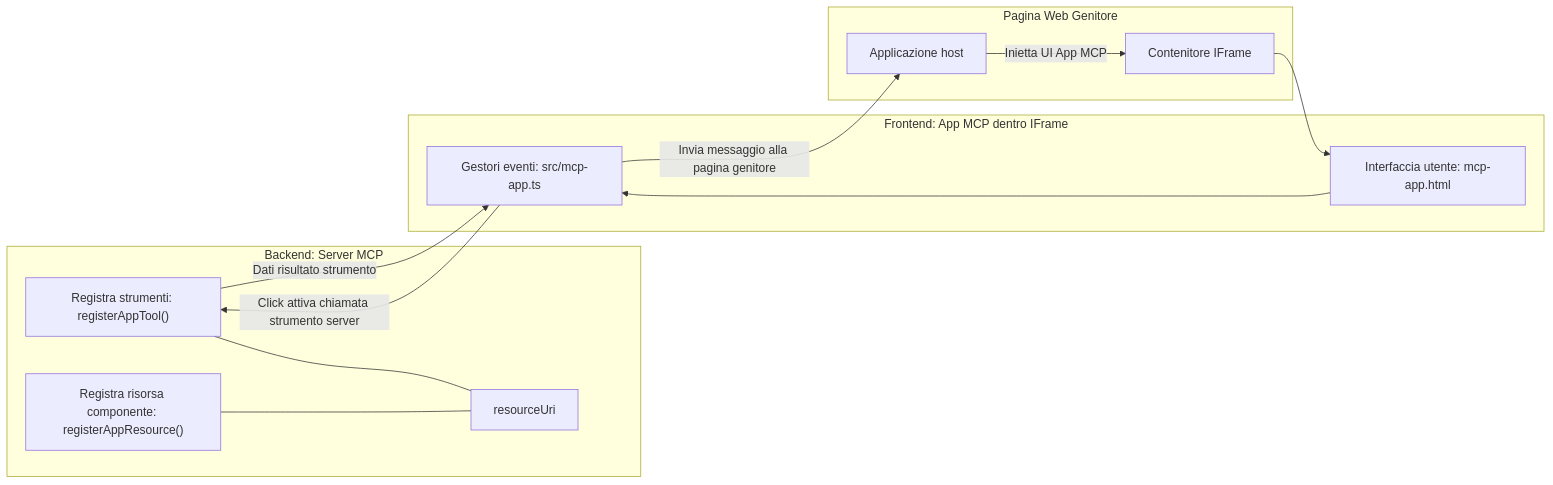
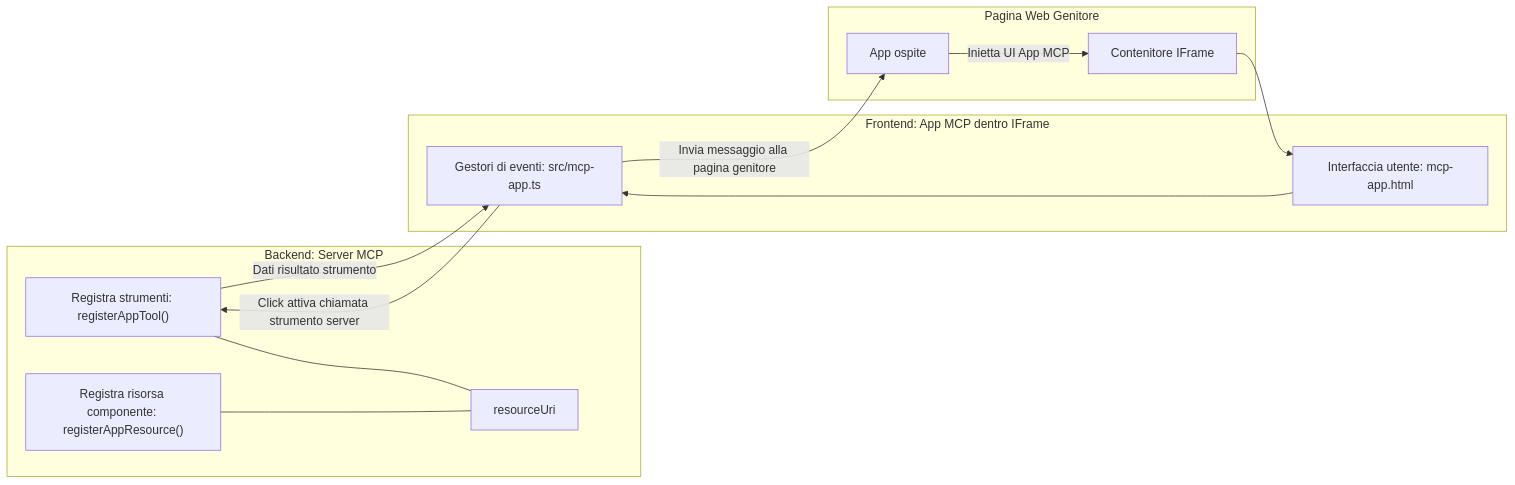
Before and after one commit to HIDORAKAI002/ai-workspace-archive: the diagram in mcp_ecosystem__model_context_protocol/mcp_learning_resources/mcp-for-beginners/translations/it/03-GettingStarted/15-mcp-apps/README.md, drawn with Mermaid. The commit also changed other lines of this file and 1160 other files, not shown here.

````diff
--- a/mcp_ecosystem__model_context_protocol/mcp_learning_resources/mcp-for-beginners/translations/it/03-GettingStarted/15-mcp-apps/README.md
+++ b/mcp_ecosystem__model_context_protocol/mcp_learning_resources/mcp-for-beginners/translations/it/03-GettingStarted/15-mcp-apps/README.md
@@ -32,27 +32,27 @@
 ```mermaid
 flowchart LR
   subgraph Backend[Backend: Server MCP]
     T["Registra strumenti: registerAppTool()"]
     C["Registra risorsa componente: registerAppResource()"]
     U[resourceUri]
     T --- U
     C --- U
   end
 
   subgraph Parent[Pagina Web Genitore]
-    H[Applicazione host]
+    H[App ospite]
     IFRAME[Contenitore IFrame]
     H -->|Inietta UI App MCP| IFRAME
   end
 
   subgraph Frontend[Frontend: App MCP dentro IFrame]
     UI["Interfaccia utente: mcp-app.html"]
-    EH["Gestori eventi: src/mcp-app.ts"]
+    EH["Gestori di eventi: src/mcp-app.ts"]
     UI --> EH
   end
 
   IFRAME --> UI
   EH -->|Click attiva chiamata strumento server| T
   T -->|Dati risultato strumento| EH
   EH -->|Invia messaggio alla pagina genitore| H
 ```
````
